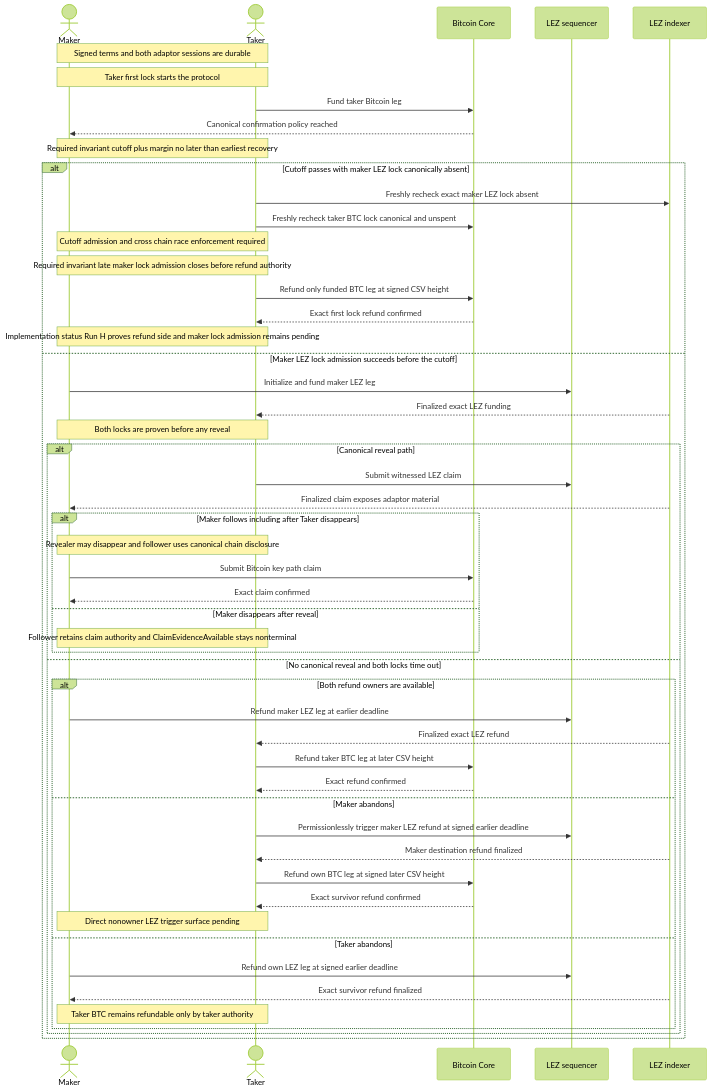
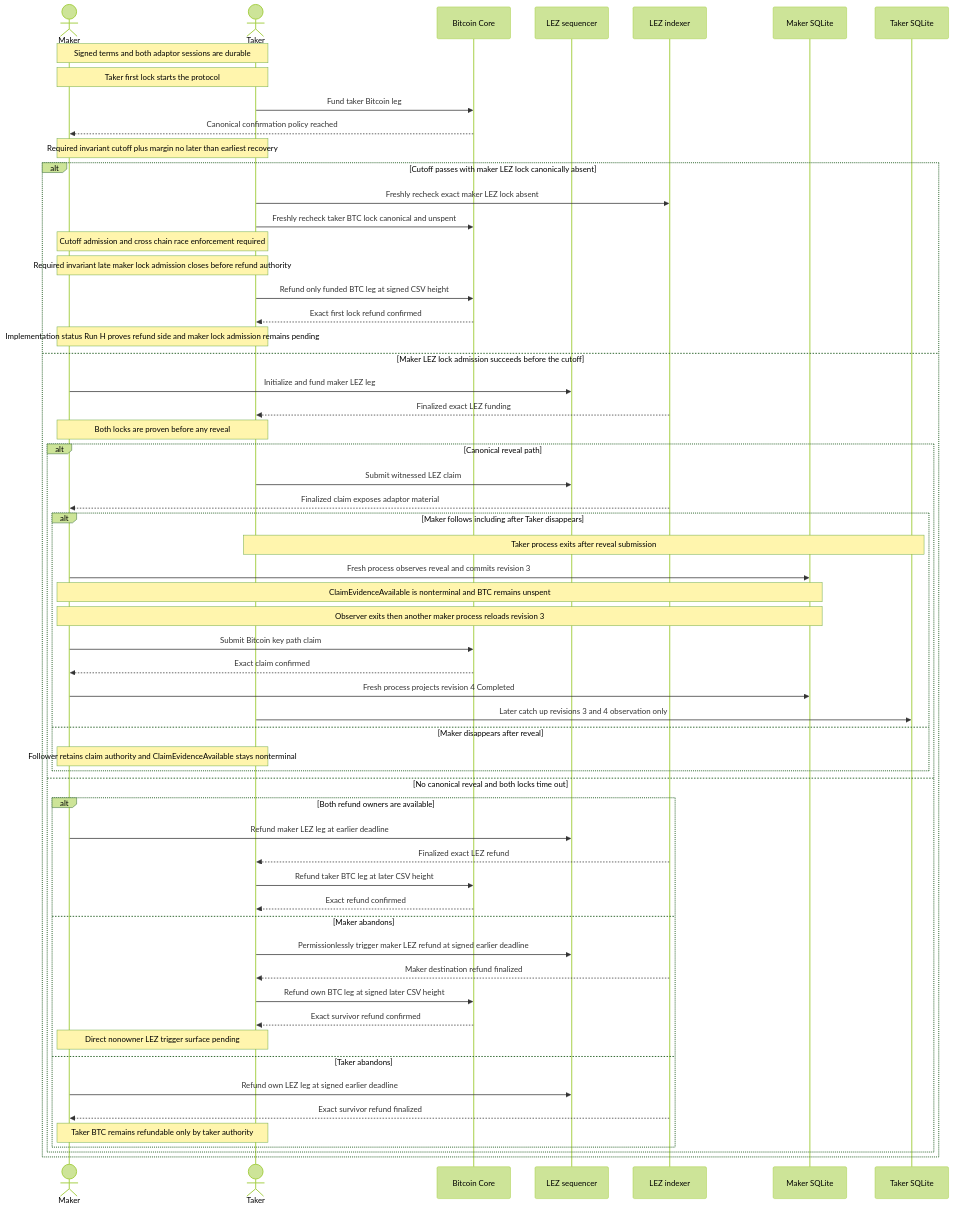
One commit to gateway-fm/lez-atomic-swaps changed diagram 12 of 21 in docs/architecture/system-architecture.md. Above: the diagram before and after it, drawn with Mermaid (forest theme). The commit also changed other lines of this file and 11 other files, not shown here.

Commit message:
feat: prove M3 post-reveal survivor flow

````diff
--- a/docs/architecture/system-architecture.md
+++ b/docs/architecture/system-architecture.md
@@ -1247,55 +1247,62 @@
 ```mermaid
 sequenceDiagram
     actor Maker
     actor Taker
     participant Bitcoin as Bitcoin Core
     participant LezSeq as LEZ sequencer
     participant LezIdx as LEZ indexer
+    participant MakerStore as Maker SQLite
+    participant TakerStore as Taker SQLite
 
     Note over Maker,Taker: Signed terms and both adaptor sessions are durable
     Note over Maker,Taker: Taker first lock starts the protocol
     Taker->>Bitcoin: Fund taker Bitcoin leg
     Bitcoin-->>Maker: Canonical confirmation policy reached
     Note over Maker,Taker: Required invariant cutoff plus margin no later than earliest recovery
     alt Cutoff passes with maker LEZ lock canonically absent
         Taker->>LezIdx: Freshly recheck exact maker LEZ lock absent
         Taker->>Bitcoin: Freshly recheck taker BTC lock canonical and unspent
         Note over Maker,Taker: Cutoff admission and cross chain race enforcement required
         Note over Maker,Taker: Required invariant late maker lock admission closes before refund authority
         Taker->>Bitcoin: Refund only funded BTC leg at signed CSV height
         Bitcoin-->>Taker: Exact first lock refund confirmed
         Note over Maker,Taker: Implementation status Run H proves refund side and maker lock admission remains pending
     else Maker LEZ lock admission succeeds before the cutoff
         Maker->>LezSeq: Initialize and fund maker LEZ leg
         LezIdx-->>Taker: Finalized exact LEZ funding
         Note over Maker,Taker: Both locks are proven before any reveal
         alt Canonical reveal path
             Taker->>LezSeq: Submit witnessed LEZ claim
             LezIdx-->>Maker: Finalized claim exposes adaptor material
             alt Maker follows including after Taker disappears
-                Note over Maker,Taker: Revealer may disappear and follower uses canonical chain disclosure
+                Note over Taker,TakerStore: Taker process exits after reveal submission
+                Maker->>MakerStore: Fresh process observes reveal and commits revision 3
+                Note over Maker,MakerStore: ClaimEvidenceAvailable is nonterminal and BTC remains unspent
+                Note over Maker,MakerStore: Observer exits then another maker process reloads revision 3
                 Maker->>Bitcoin: Submit Bitcoin key path claim
                 Bitcoin-->>Maker: Exact claim confirmed
+                Maker->>MakerStore: Fresh process projects revision 4 Completed
+                Taker->>TakerStore: Later catch up revisions 3 and 4 observation only
             else Maker disappears after reveal
                 Note over Maker,Taker: Follower retains claim authority and ClaimEvidenceAvailable stays nonterminal
             end
         else No canonical reveal and both locks time out
             alt Both refund owners are available
                 Maker->>LezSeq: Refund maker LEZ leg at earlier deadline
                 LezIdx-->>Taker: Finalized exact LEZ refund
                 Taker->>Bitcoin: Refund taker BTC leg at later CSV height
                 Bitcoin-->>Taker: Exact refund confirmed
             else Maker abandons
                 Taker->>LezSeq: Permissionlessly trigger maker LEZ refund at signed earlier deadline
                 LezIdx-->>Taker: Maker destination refund finalized
                 Taker->>Bitcoin: Refund own BTC leg at signed later CSV height
                 Bitcoin-->>Taker: Exact survivor refund confirmed
                 Note over Maker,Taker: Direct nonowner LEZ trigger surface pending
             else Taker abandons
                 Maker->>LezSeq: Refund own LEZ leg at signed earlier deadline
                 LezIdx-->>Maker: Exact survivor refund finalized
                 Note over Maker,Taker: Taker BTC remains refundable only by taker authority
             end
         end
     end
 ```
````
